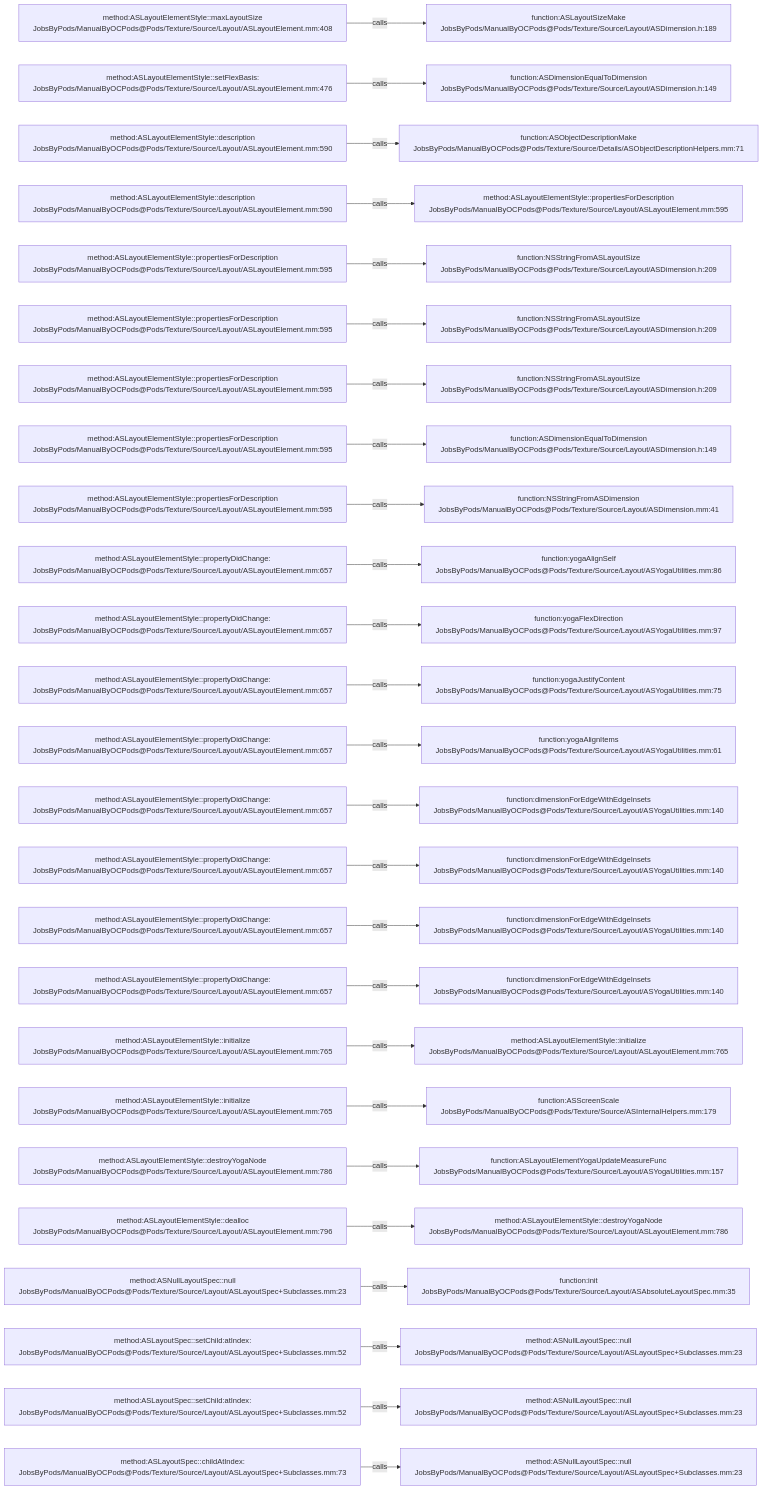
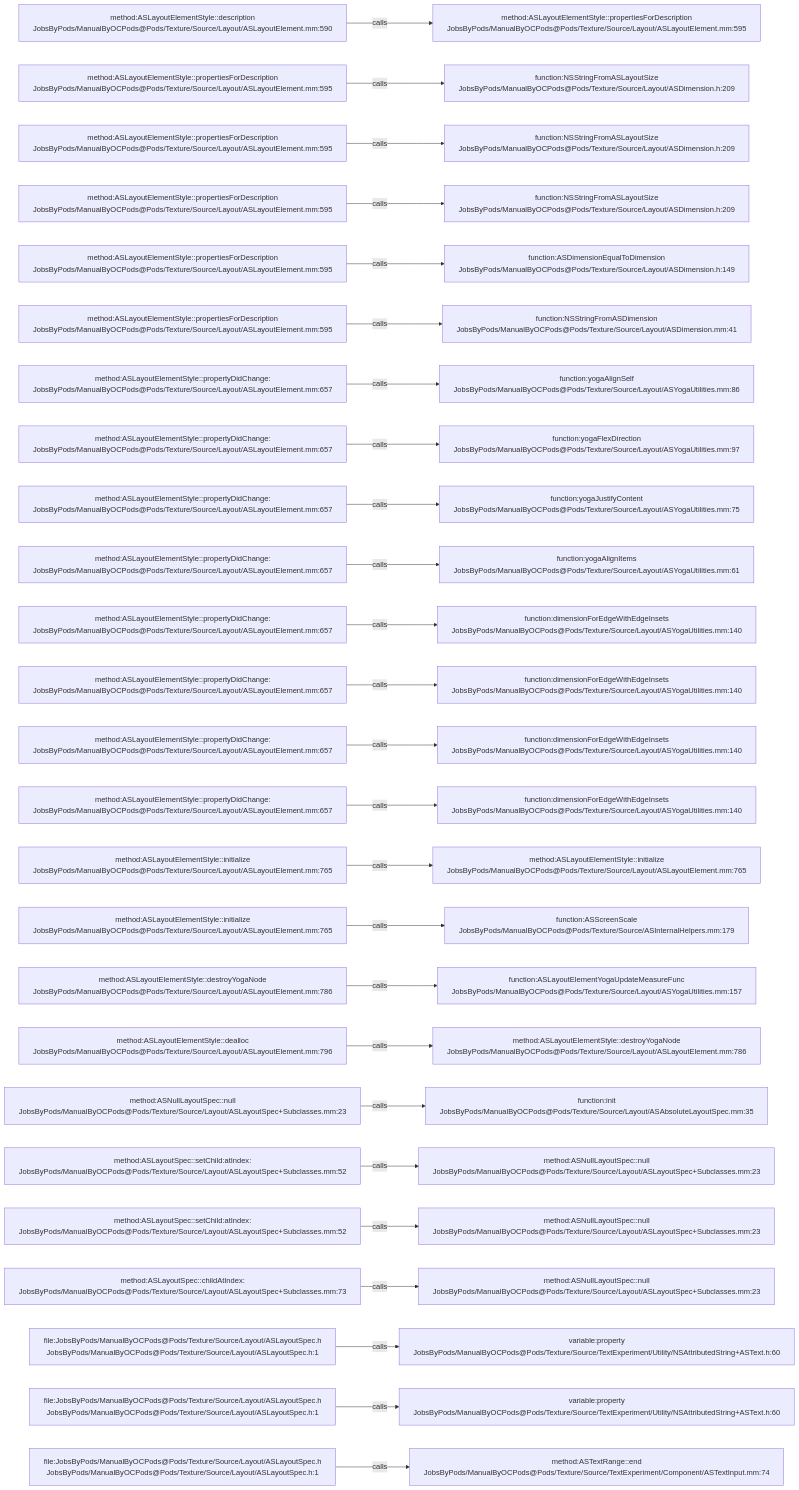
Before and after one commit to JobsKits/JobsOCBaseConfigDemo: the diagram in .codegraph/codegraph.md/graphs/calls-182.md, drawn with Mermaid. The commit also changed 342 other files, not shown here.

````diff
--- a/.codegraph/codegraph.md/graphs/calls-182.md
+++ b/.codegraph/codegraph.md/graphs/calls-182.md
@@ -13,78 +13,78 @@
 ```mermaid
 flowchart LR
-  S1["method:ASLayoutElementStyle::maxLayoutSize<br/>JobsByPods/ManualByOCPods@Pods/Texture/Source/Layout/ASLayoutElement.mm:408"]
-  T1["function:ASLayoutSizeMake<br/>JobsByPods/ManualByOCPods@Pods/Texture/Source/Layout/ASDimension.h:189"]
+  S1["method:ASLayoutElementStyle::description<br/>JobsByPods/ManualByOCPods@Pods/Texture/Source/Layout/ASLayoutElement.mm:590"]
+  T1["method:ASLayoutElementStyle::propertiesForDescription<br/>JobsByPods/ManualByOCPods@Pods/Texture/Source/Layout/ASLayoutElement.mm:595"]
   S1 -->|calls| T1
-  S2["method:ASLayoutElementStyle::setFlexBasis:<br/>JobsByPods/ManualByOCPods@Pods/Texture/Source/Layout/ASLayoutElement.mm:476"]
-  T2["function:ASDimensionEqualToDimension<br/>JobsByPods/ManualByOCPods@Pods/Texture/Source/Layout/ASDimension.h:149"]
+  S2["method:ASLayoutElementStyle::propertiesForDescription<br/>JobsByPods/ManualByOCPods@Pods/Texture/Source/Layout/ASLayoutElement.mm:595"]
+  T2["function:NSStringFromASLayoutSize<br/>JobsByPods/ManualByOCPods@Pods/Texture/Source/Layout/ASDimension.h:209"]
   S2 -->|calls| T2
-  S3["method:ASLayoutElementStyle::description<br/>JobsByPods/ManualByOCPods@Pods/Texture/Source/Layout/ASLayoutElement.mm:590"]
-  T3["function:ASObjectDescriptionMake<br/>JobsByPods/ManualByOCPods@Pods/Texture/Source/Details/ASObjectDescriptionHelpers.mm:71"]
+  S3["method:ASLayoutElementStyle::propertiesForDescription<br/>JobsByPods/ManualByOCPods@Pods/Texture/Source/Layout/ASLayoutElement.mm:595"]
+  T3["function:NSStringFromASLayoutSize<br/>JobsByPods/ManualByOCPods@Pods/Texture/Source/Layout/ASDimension.h:209"]
   S3 -->|calls| T3
-  S4["method:ASLayoutElementStyle::description<br/>JobsByPods/ManualByOCPods@Pods/Texture/Source/Layout/ASLayoutElement.mm:590"]
-  T4["method:ASLayoutElementStyle::propertiesForDescription<br/>JobsByPods/ManualByOCPods@Pods/Texture/Source/Layout/ASLayoutElement.mm:595"]
+  S4["method:ASLayoutElementStyle::propertiesForDescription<br/>JobsByPods/ManualByOCPods@Pods/Texture/Source/Layout/ASLayoutElement.mm:595"]
+  T4["function:NSStringFromASLayoutSize<br/>JobsByPods/ManualByOCPods@Pods/Texture/Source/Layout/ASDimension.h:209"]
   S4 -->|calls| T4
   S5["method:ASLayoutElementStyle::propertiesForDescription<br/>JobsByPods/ManualByOCPods@Pods/Texture/Source/Layout/ASLayoutElement.mm:595"]
-  T5["function:NSStringFromASLayoutSize<br/>JobsByPods/ManualByOCPods@Pods/Texture/Source/Layout/ASDimension.h:209"]
+  T5["function:ASDimensionEqualToDimension<br/>JobsByPods/ManualByOCPods@Pods/Texture/Source/Layout/ASDimension.h:149"]
   S5 -->|calls| T5
   S6["method:ASLayoutElementStyle::propertiesForDescription<br/>JobsByPods/ManualByOCPods@Pods/Texture/Source/Layout/ASLayoutElement.mm:595"]
-  T6["function:NSStringFromASLayoutSize<br/>JobsByPods/ManualByOCPods@Pods/Texture/Source/Layout/ASDimension.h:209"]
+  T6["function:NSStringFromASDimension<br/>JobsByPods/ManualByOCPods@Pods/Texture/Source/Layout/ASDimension.mm:41"]
   S6 -->|calls| T6
-  S7["method:ASLayoutElementStyle::propertiesForDescription<br/>JobsByPods/ManualByOCPods@Pods/Texture/Source/Layout/ASLayoutElement.mm:595"]
-  T7["function:NSStringFromASLayoutSize<br/>JobsByPods/ManualByOCPods@Pods/Texture/Source/Layout/ASDimension.h:209"]
+  S7["method:ASLayoutElementStyle::propertyDidChange:<br/>JobsByPods/ManualByOCPods@Pods/Texture/Source/Layout/ASLayoutElement.mm:657"]
+  T7["function:yogaAlignSelf<br/>JobsByPods/ManualByOCPods@Pods/Texture/Source/Layout/ASYogaUtilities.mm:86"]
   S7 -->|calls| T7
-  S8["method:ASLayoutElementStyle::propertiesForDescription<br/>JobsByPods/ManualByOCPods@Pods/Texture/Source/Layout/ASLayoutElement.mm:595"]
-  T8["function:ASDimensionEqualToDimension<br/>JobsByPods/ManualByOCPods@Pods/Texture/Source/Layout/ASDimension.h:149"]
+  S8["method:ASLayoutElementStyle::propertyDidChange:<br/>JobsByPods/ManualByOCPods@Pods/Texture/Source/Layout/ASLayoutElement.mm:657"]
+  T8["function:yogaFlexDirection<br/>JobsByPods/ManualByOCPods@Pods/Texture/Source/Layout/ASYogaUtilities.mm:97"]
   S8 -->|calls| T8
-  S9["method:ASLayoutElementStyle::propertiesForDescription<br/>JobsByPods/ManualByOCPods@Pods/Texture/Source/Layout/ASLayoutElement.mm:595"]
-  T9["function:NSStringFromASDimension<br/>JobsByPods/ManualByOCPods@Pods/Texture/Source/Layout/ASDimension.mm:41"]
+  S9["method:ASLayoutElementStyle::propertyDidChange:<br/>JobsByPods/ManualByOCPods@Pods/Texture/Source/Layout/ASLayoutElement.mm:657"]
+  T9["function:yogaJustifyContent<br/>JobsByPods/ManualByOCPods@Pods/Texture/Source/Layout/ASYogaUtilities.mm:75"]
   S9 -->|calls| T9
   S10["method:ASLayoutElementStyle::propertyDidChange:<br/>JobsByPods/ManualByOCPods@Pods/Texture/Source/Layout/ASLayoutElement.mm:657"]
-  T10["function:yogaAlignSelf<br/>JobsByPods/ManualByOCPods@Pods/Texture/Source/Layout/ASYogaUtilities.mm:86"]
+  T10["function:yogaAlignItems<br/>JobsByPods/ManualByOCPods@Pods/Texture/Source/Layout/ASYogaUtilities.mm:61"]
   S10 -->|calls| T10
   S11["method:ASLayoutElementStyle::propertyDidChange:<br/>JobsByPods/ManualByOCPods@Pods/Texture/Source/Layout/ASLayoutElement.mm:657"]
-  T11["function:yogaFlexDirection<br/>JobsByPods/ManualByOCPods@Pods/Texture/Source/Layout/ASYogaUtilities.mm:97"]
+  T11["function:dimensionForEdgeWithEdgeInsets<br/>JobsByPods/ManualByOCPods@Pods/Texture/Source/Layout/ASYogaUtilities.mm:140"]
   S11 -->|calls| T11
   S12["method:ASLayoutElementStyle::propertyDidChange:<br/>JobsByPods/ManualByOCPods@Pods/Texture/Source/Layout/ASLayoutElement.mm:657"]
-  T12["function:yogaJustifyContent<br/>JobsByPods/ManualByOCPods@Pods/Texture/Source/Layout/ASYogaUtilities.mm:75"]
+  T12["function:dimensionForEdgeWithEdgeInsets<br/>JobsByPods/ManualByOCPods@Pods/Texture/Source/Layout/ASYogaUtilities.mm:140"]
   S12 -->|calls| T12
   S13["method:ASLayoutElementStyle::propertyDidChange:<br/>JobsByPods/ManualByOCPods@Pods/Texture/Source/Layout/ASLayoutElement.mm:657"]
-  T13["function:yogaAlignItems<br/>JobsByPods/ManualByOCPods@Pods/Texture/Source/Layout/ASYogaUtilities.mm:61"]
+  T13["function:dimensionForEdgeWithEdgeInsets<br/>JobsByPods/ManualByOCPods@Pods/Texture/Source/Layout/ASYogaUtilities.mm:140"]
   S13 -->|calls| T13
   S14["method:ASLayoutElementStyle::propertyDidChange:<br/>JobsByPods/ManualByOCPods@Pods/Texture/Source/Layout/ASLayoutElement.mm:657"]
   T14["function:dimensionForEdgeWithEdgeInsets<br/>JobsByPods/ManualByOCPods@Pods/Texture/Source/Layout/ASYogaUtilities.mm:140"]
   S14 -->|calls| T14
-  S15["method:ASLayoutElementStyle::propertyDidChange:<br/>JobsByPods/ManualByOCPods@Pods/Texture/Source/Layout/ASLayoutElement.mm:657"]
-  T15["function:dimensionForEdgeWithEdgeInsets<br/>JobsByPods/ManualByOCPods@Pods/Texture/Source/Layout/ASYogaUtilities.mm:140"]
+  S15["method:ASLayoutElementStyle::initialize<br/>JobsByPods/ManualByOCPods@Pods/Texture/Source/Layout/ASLayoutElement.mm:765"]
+  T15["method:ASLayoutElementStyle::initialize<br/>JobsByPods/ManualByOCPods@Pods/Texture/Source/Layout/ASLayoutElement.mm:765"]
   S15 -->|calls| T15
-  S16["method:ASLayoutElementStyle::propertyDidChange:<br/>JobsByPods/ManualByOCPods@Pods/Texture/Source/Layout/ASLayoutElement.mm:657"]
-  T16["function:dimensionForEdgeWithEdgeInsets<br/>JobsByPods/ManualByOCPods@Pods/Texture/Source/Layout/ASYogaUtilities.mm:140"]
+  S16["method:ASLayoutElementStyle::initialize<br/>JobsByPods/ManualByOCPods@Pods/Texture/Source/Layout/ASLayoutElement.mm:765"]
+  T16["function:ASScreenScale<br/>JobsByPods/ManualByOCPods@Pods/Texture/Source/ASInternalHelpers.mm:179"]
   S16 -->|calls| T16
-  S17["method:ASLayoutElementStyle::propertyDidChange:<br/>JobsByPods/ManualByOCPods@Pods/Texture/Source/Layout/ASLayoutElement.mm:657"]
-  T17["function:dimensionForEdgeWithEdgeInsets<br/>JobsByPods/ManualByOCPods@Pods/Texture/Source/Layout/ASYogaUtilities.mm:140"]
+  S17["method:ASLayoutElementStyle::destroyYogaNode<br/>JobsByPods/ManualByOCPods@Pods/Texture/Source/Layout/ASLayoutElement.mm:786"]
+  T17["function:ASLayoutElementYogaUpdateMeasureFunc<br/>JobsByPods/ManualByOCPods@Pods/Texture/Source/Layout/ASYogaUtilities.mm:157"]
   S17 -->|calls| T17
-  S18["method:ASLayoutElementStyle::initialize<br/>JobsByPods/ManualByOCPods@Pods/Texture/Source/Layout/ASLayoutElement.mm:765"]
-  T18["method:ASLayoutElementStyle::initialize<br/>JobsByPods/ManualByOCPods@Pods/Texture/Source/Layout/ASLayoutElement.mm:765"]
+  S18["method:ASLayoutElementStyle::dealloc<br/>JobsByPods/ManualByOCPods@Pods/Texture/Source/Layout/ASLayoutElement.mm:796"]
+  T18["method:ASLayoutElementStyle::destroyYogaNode<br/>JobsByPods/ManualByOCPods@Pods/Texture/Source/Layout/ASLayoutElement.mm:786"]
   S18 -->|calls| T18
-  S19["method:ASLayoutElementStyle::initialize<br/>JobsByPods/ManualByOCPods@Pods/Texture/Source/Layout/ASLayoutElement.mm:765"]
-  T19["function:ASScreenScale<br/>JobsByPods/ManualByOCPods@Pods/Texture/Source/ASInternalHelpers.mm:179"]
+  S19["method:ASNullLayoutSpec::null<br/>JobsByPods/ManualByOCPods@Pods/Texture/Source/Layout/ASLayoutSpec+Subclasses.mm:23"]
+  T19["function:init<br/>JobsByPods/ManualByOCPods@Pods/Texture/Source/Layout/ASAbsoluteLayoutSpec.mm:35"]
   S19 -->|calls| T19
-  S20["method:ASLayoutElementStyle::destroyYogaNode<br/>JobsByPods/ManualByOCPods@Pods/Texture/Source/Layout/ASLayoutElement.mm:786"]
-  T20["function:ASLayoutElementYogaUpdateMeasureFunc<br/>JobsByPods/ManualByOCPods@Pods/Texture/Source/Layout/ASYogaUtilities.mm:157"]
+  S20["method:ASLayoutSpec::setChild:atIndex:<br/>JobsByPods/ManualByOCPods@Pods/Texture/Source/Layout/ASLayoutSpec+Subclasses.mm:52"]
+  T20["method:ASNullLayoutSpec::null<br/>JobsByPods/ManualByOCPods@Pods/Texture/Source/Layout/ASLayoutSpec+Subclasses.mm:23"]
   S20 -->|calls| T20
-  S21["method:ASLayoutElementStyle::dealloc<br/>JobsByPods/ManualByOCPods@Pods/Texture/Source/Layout/ASLayoutElement.mm:796"]
-  T21["method:ASLayoutElementStyle::destroyYogaNode<br/>JobsByPods/ManualByOCPods@Pods/Texture/Source/Layout/ASLayoutElement.mm:786"]
+  S21["method:ASLayoutSpec::setChild:atIndex:<br/>JobsByPods/ManualByOCPods@Pods/Texture/Source/Layout/ASLayoutSpec+Subclasses.mm:52"]
+  T21["method:ASNullLayoutSpec::null<br/>JobsByPods/ManualByOCPods@Pods/Texture/Source/Layout/ASLayoutSpec+Subclasses.mm:23"]
   S21 -->|calls| T21
-  S22["method:ASNullLayoutSpec::null<br/>JobsByPods/ManualByOCPods@Pods/Texture/Source/Layout/ASLayoutSpec+Subclasses.mm:23"]
-  T22["function:init<br/>JobsByPods/ManualByOCPods@Pods/Texture/Source/Layout/ASAbsoluteLayoutSpec.mm:35"]
+  S22["method:ASLayoutSpec::childAtIndex:<br/>JobsByPods/ManualByOCPods@Pods/Texture/Source/Layout/ASLayoutSpec+Subclasses.mm:73"]
+  T22["method:ASNullLayoutSpec::null<br/>JobsByPods/ManualByOCPods@Pods/Texture/Source/Layout/ASLayoutSpec+Subclasses.mm:23"]
   S22 -->|calls| T22
-  S23["method:ASLayoutSpec::setChild:atIndex:<br/>JobsByPods/ManualByOCPods@Pods/Texture/Source/Layout/ASLayoutSpec+Subclasses.mm:52"]
-  T23["method:ASNullLayoutSpec::null<br/>JobsByPods/ManualByOCPods@Pods/Texture/Source/Layout/ASLayoutSpec+Subclasses.mm:23"]
+  S23["file:JobsByPods/ManualByOCPods@Pods/Texture/Source/Layout/ASLayoutSpec.h<br/>JobsByPods/ManualByOCPods@Pods/Texture/Source/Layout/ASLayoutSpec.h:1"]
+  T23["variable:property<br/>JobsByPods/ManualByOCPods@Pods/Texture/Source/TextExperiment/Utility/NSAttributedString+ASText.h:60"]
   S23 -->|calls| T23
-  S24["method:ASLayoutSpec::setChild:atIndex:<br/>JobsByPods/ManualByOCPods@Pods/Texture/Source/Layout/ASLayoutSpec+Subclasses.mm:52"]
-  T24["method:ASNullLayoutSpec::null<br/>JobsByPods/ManualByOCPods@Pods/Texture/Source/Layout/ASLayoutSpec+Subclasses.mm:23"]
+  S24["file:JobsByPods/ManualByOCPods@Pods/Texture/Source/Layout/ASLayoutSpec.h<br/>JobsByPods/ManualByOCPods@Pods/Texture/Source/Layout/ASLayoutSpec.h:1"]
+  T24["variable:property<br/>JobsByPods/ManualByOCPods@Pods/Texture/Source/TextExperiment/Utility/NSAttributedString+ASText.h:60"]
   S24 -->|calls| T24
-  S25["method:ASLayoutSpec::childAtIndex:<br/>JobsByPods/ManualByOCPods@Pods/Texture/Source/Layout/ASLayoutSpec+Subclasses.mm:73"]
-  T25["method:ASNullLayoutSpec::null<br/>JobsByPods/ManualByOCPods@Pods/Texture/Source/Layout/ASLayoutSpec+Subclasses.mm:23"]
+  S25["file:JobsByPods/ManualByOCPods@Pods/Texture/Source/Layout/ASLayoutSpec.h<br/>JobsByPods/ManualByOCPods@Pods/Texture/Source/Layout/ASLayoutSpec.h:1"]
+  T25["method:ASTextRange::end<br/>JobsByPods/ManualByOCPods@Pods/Texture/Source/TextExperiment/Component/ASTextInput.mm:74"]
   S25 -->|calls| T25
 ```
````
